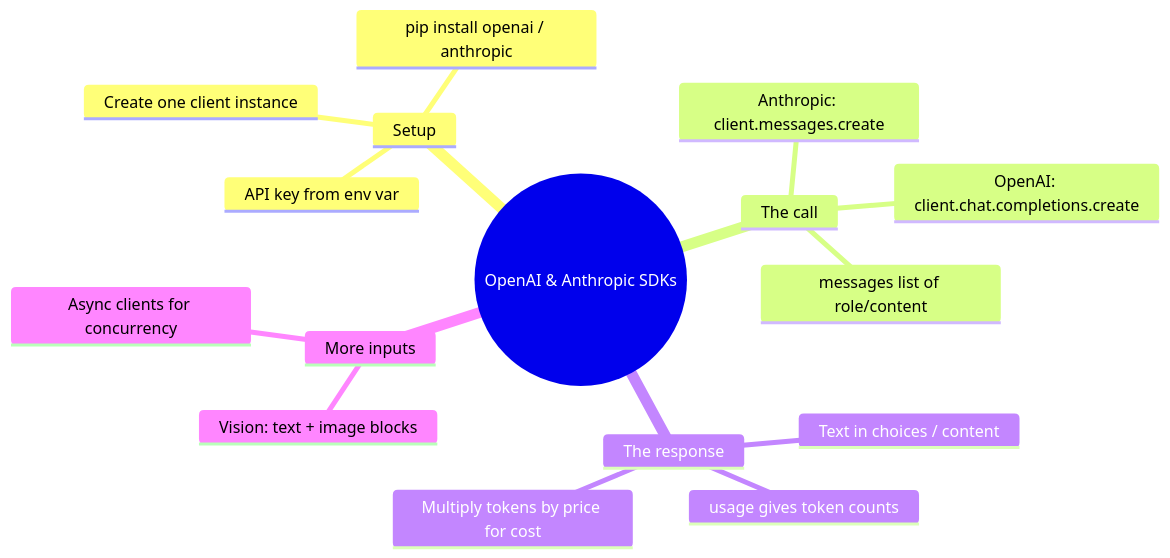
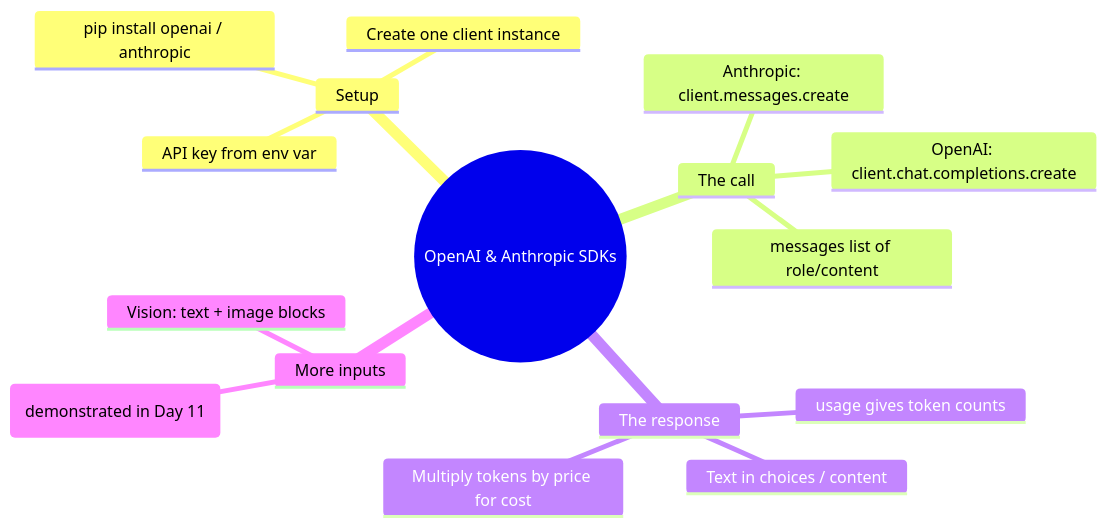
Before and after one commit to akshkr/akashnotes: the fourth of 4 diagrams in Phase_1_LLM_Foundations/Day_010_openai_anthropic_sdks_part1/openai_anthropic_sdks_part1.md, drawn with Mermaid. The commit also changed other lines of this file and 95 other files, not shown here.

````diff
--- a/Phase_1_LLM_Foundations/Day_010_openai_anthropic_sdks_part1/openai_anthropic_sdks_part1.md
+++ b/Phase_1_LLM_Foundations/Day_010_openai_anthropic_sdks_part1/openai_anthropic_sdks_part1.md
@@ -436,19 +454,19 @@
 ```mermaid
 mindmap
   root((OpenAI & Anthropic SDKs))
     Setup
       pip install openai / anthropic
       API key from env var
       Create one client instance
     The call
       OpenAI: client.chat.completions.create
       Anthropic: client.messages.create
       messages list of role/content
     The response
       Text in choices / content
       usage gives token counts
       Multiply tokens by price for cost
     More inputs
       Vision: text + image blocks
-      Async clients for concurrency
+      Async clients for concurrency (demonstrated in Day 11)
 ```
````
